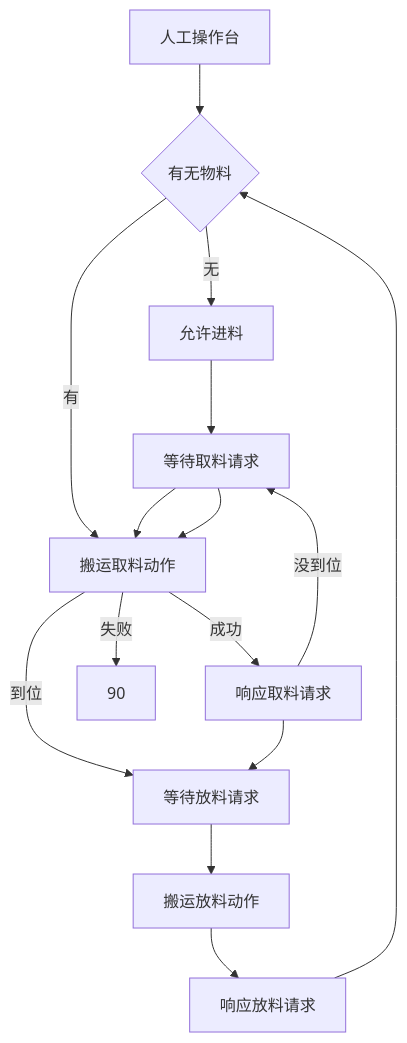
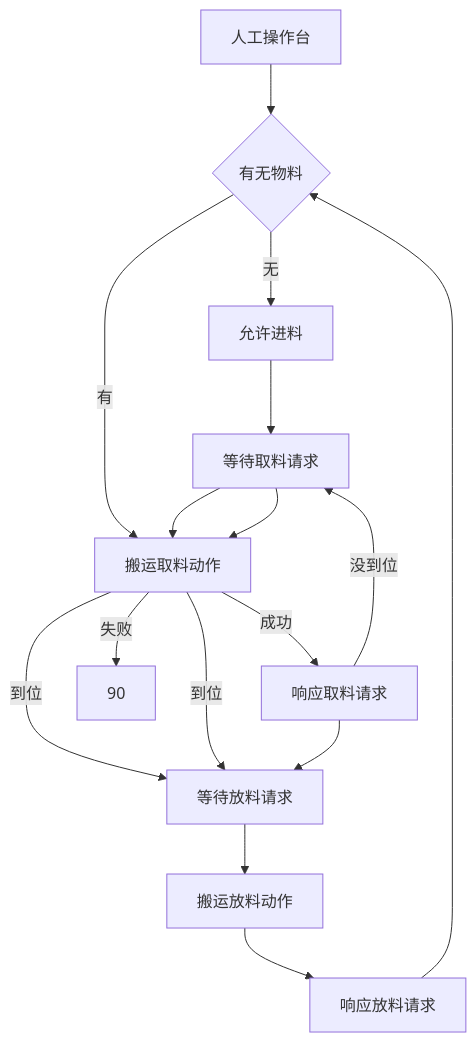
The diagram in all/未命名-4.md (PengKun1/iodraw-files), drawn with Mermaid before and after one commit.

Commit message:
2024-12-20 14:47:07 update

````diff
--- a/all/未命名-4.md
+++ b/all/未命名-4.md
@@ -1,17 +1,18 @@
 ```mermaid
 graph TD
 0[人工操作台]-->10
 10{有无物料}-->|无|20
 10-->|有|40
 20[允许进料]-->30
 30[前工位出料中]-->40
+40{是否到位}-->|到位|60
 40{是否到位}-->|到位|60
 50-->|没到位|30
 30[等待取料请求]-->40
 40[搬运取料动作]-->|成功|50
 40-->|失败|90
 50[响应取料请求]-->60
 60[等待放料请求]-->70
 70[搬运放料动作]-->80
 80[响应放料请求]-->10
 ```
````
